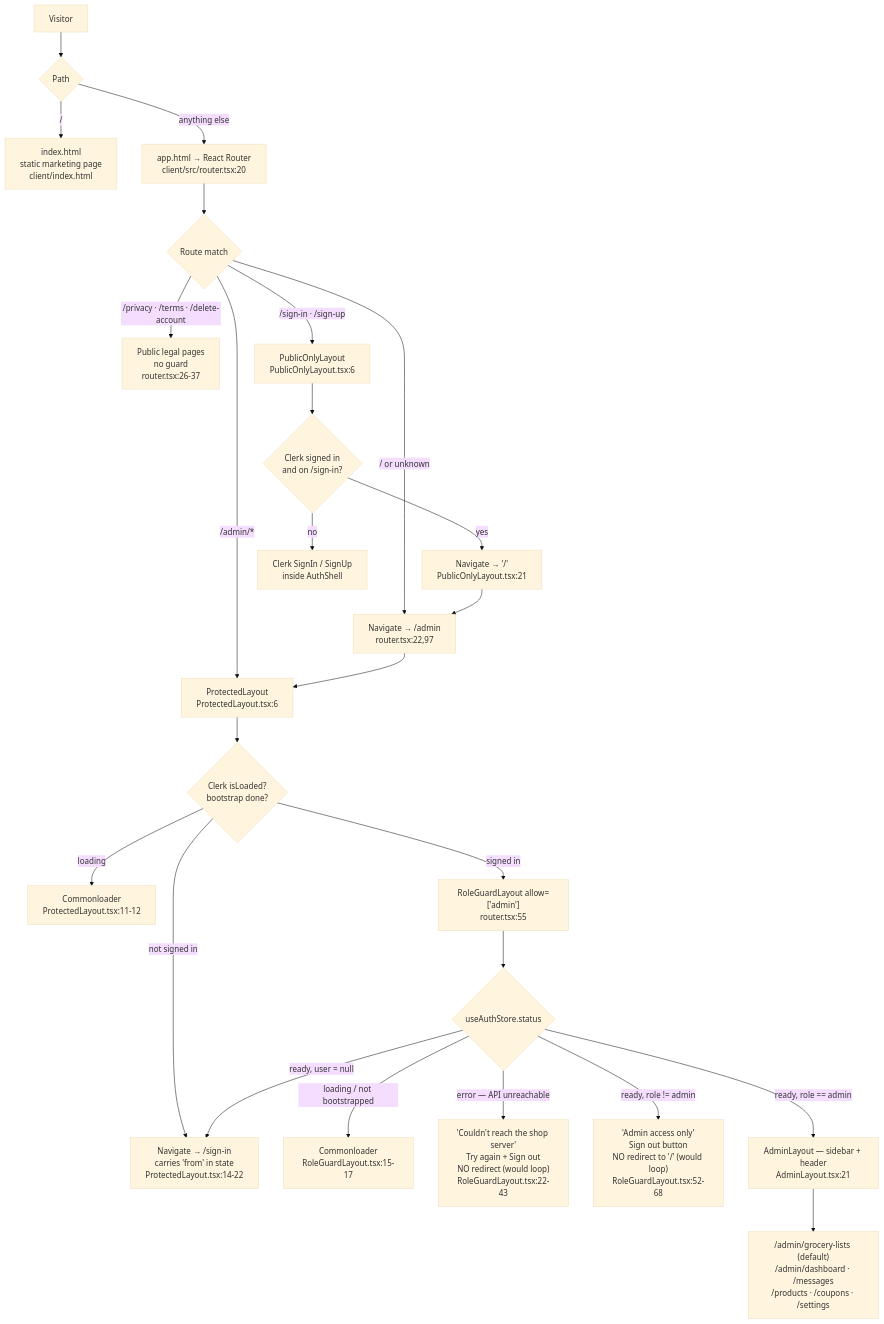
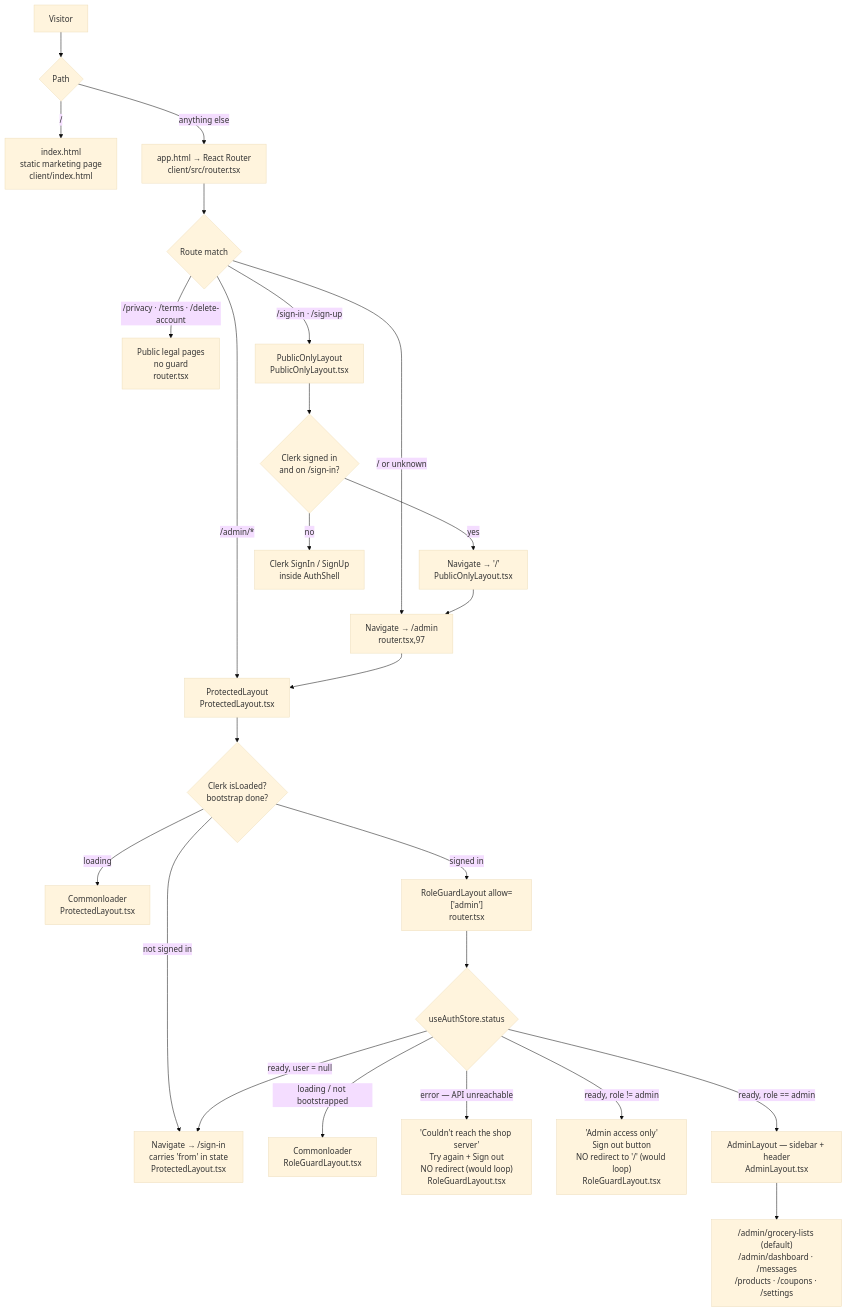
One commit to shiv-anshu-gupta/TypeScriptProject changed the first of 2 diagrams in docs/ADMIN-WEB.md. Above: the diagram before and after it, drawn with Mermaid (base theme). The commit also changed other lines of this file and 229 other files, not shown here.

````diff
--- a/docs/ADMIN-WEB.md
+++ b/docs/ADMIN-WEB.md
@@ -150,33 +149,33 @@
 ```mermaid
 flowchart TD
-    V["Visitor"] --> WhichPath{"Path"}
+ V["Visitor"] --> WhichPath{"Path"}
 
-    WhichPath -->|"/"| Home["index.html<br/>static marketing page<br/>client/index.html"]
-    WhichPath -->|"anything else"| App["app.html → React Router<br/>client/src/router.tsx:20"]
+ WhichPath -->|"/"| Home["index.html<br/>static marketing page<br/>client/index.html"]
+ WhichPath -->|"anything else"| App["app.html → React Router<br/>client/src/router.tsx"]
 
-    App --> R{"Route match"}
-    R -->|"/privacy · /terms · /delete-account"| Legal["Public legal pages<br/>no guard<br/>router.tsx:26-37"]
-    R -->|"/sign-in · /sign-up"| POL["PublicOnlyLayout<br/>PublicOnlyLayout.tsx:6"]
-    R -->|"/admin/*"| PL["ProtectedLayout<br/>ProtectedLayout.tsx:6"]
-    R -->|"/ or unknown"| Redir["Navigate → /admin<br/>router.tsx:22,97"]
-    Redir --> PL
+ App --> R{"Route match"}
+ R -->|"/privacy · /terms · /delete-account"| Legal["Public legal pages<br/>no guard<br/>router.tsx"]
+ R -->|"/sign-in · /sign-up"| POL["PublicOnlyLayout<br/>PublicOnlyLayout.tsx"]
+ R -->|"/admin/*"| PL["ProtectedLayout<br/>ProtectedLayout.tsx"]
+ R -->|"/ or unknown"| Redir["Navigate → /admin<br/>router.tsx,97"]
+ Redir --> PL
 
-    POL --> POLQ{"Clerk signed in<br/>and on /sign-in?"}
-    POLQ -->|"yes"| ToRoot["Navigate → '/'<br/>PublicOnlyLayout.tsx:21"]
-    POLQ -->|"no"| ClerkForm["Clerk SignIn / SignUp<br/>inside AuthShell"]
-    ToRoot --> Redir
+ POL --> POLQ{"Clerk signed in<br/>and on /sign-in?"}
+ POLQ -->|"yes"| ToRoot["Navigate → '/'<br/>PublicOnlyLayout.tsx"]
+ POLQ -->|"no"| ClerkForm["Clerk SignIn / SignUp<br/>inside AuthShell"]
+ ToRoot --> Redir
 
-    PL --> PLQ{"Clerk isLoaded?<br/>bootstrap done?"}
-    PLQ -->|"loading"| Spin1["Commonloader<br/>ProtectedLayout.tsx:11-12"]
-    PLQ -->|"not signed in"| ToSignIn["Navigate → /sign-in<br/>carries 'from' in state<br/>ProtectedLayout.tsx:14-22"]
-    PLQ -->|"signed in"| RG["RoleGuardLayout allow=['admin']<br/>router.tsx:55"]
+ PL --> PLQ{"Clerk isLoaded?<br/>bootstrap done?"}
+ PLQ -->|"loading"| Spin1["Commonloader<br/>ProtectedLayout.tsx"]
+ PLQ -->|"not signed in"| ToSignIn["Navigate → /sign-in<br/>carries 'from' in state<br/>ProtectedLayout.tsx"]
+ PLQ -->|"signed in"| RG["RoleGuardLayout allow=['admin']<br/>router.tsx"]
 
-    RG --> S{"useAuthStore.status"}
-    S -->|"loading / not bootstrapped"| Spin2["Commonloader<br/>RoleGuardLayout.tsx:15-17"]
-    S -->|"error — API unreachable"| Err["'Couldn't reach the shop server'<br/>Try again + Sign out<br/>NO redirect (would loop)<br/>RoleGuardLayout.tsx:22-43"]
-    S -->|"ready, user = null"| ToSignIn
-    S -->|"ready, role != admin"| Denied["'Admin access only'<br/>Sign out button<br/>NO redirect to '/' (would loop)<br/>RoleGuardLayout.tsx:52-68"]
-    S -->|"ready, role == admin"| AL["AdminLayout — sidebar + header<br/>AdminLayout.tsx:21"]
+ RG --> S{"useAuthStore.status"}
+ S -->|"loading / not bootstrapped"| Spin2["Commonloader<br/>RoleGuardLayout.tsx"]
+ S -->|"error — API unreachable"| Err["'Couldn't reach the shop server'<br/>Try again + Sign out<br/>NO redirect (would loop)<br/>RoleGuardLayout.tsx"]
+ S -->|"ready, user = null"| ToSignIn
+ S -->|"ready, role != admin"| Denied["'Admin access only'<br/>Sign out button<br/>NO redirect to '/' (would loop)<br/>RoleGuardLayout.tsx"]
+ S -->|"ready, role == admin"| AL["AdminLayout — sidebar + header<br/>AdminLayout.tsx"]
 
-    AL --> Pages["/admin/grocery-lists (default)<br/>/admin/dashboard · /messages<br/>/products · /coupons · /settings"]
+ AL --> Pages["/admin/grocery-lists (default)<br/>/admin/dashboard · /messages<br/>/products · /coupons · /settings"]
 ```
````
